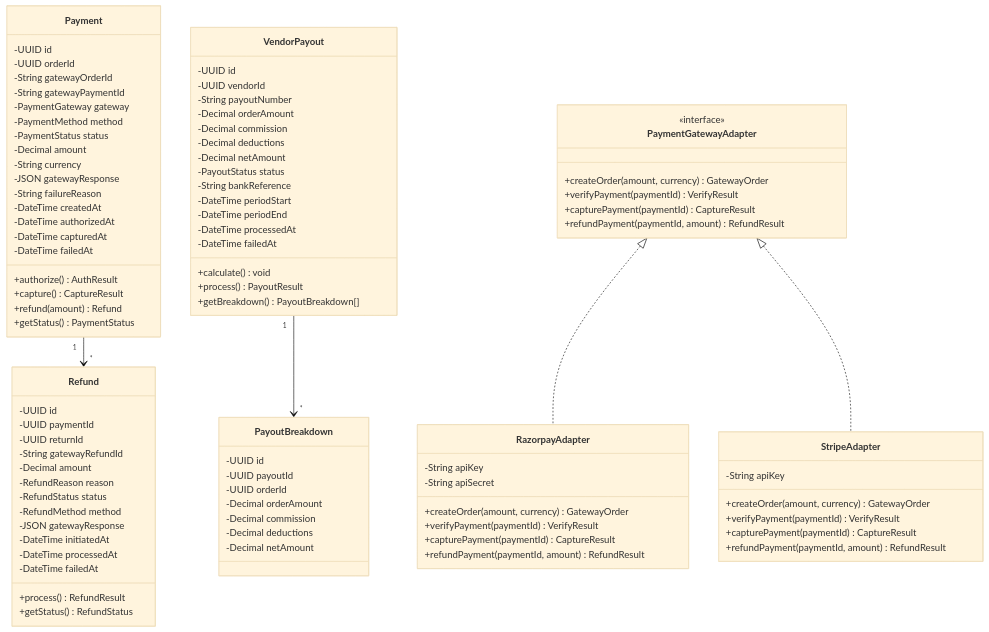
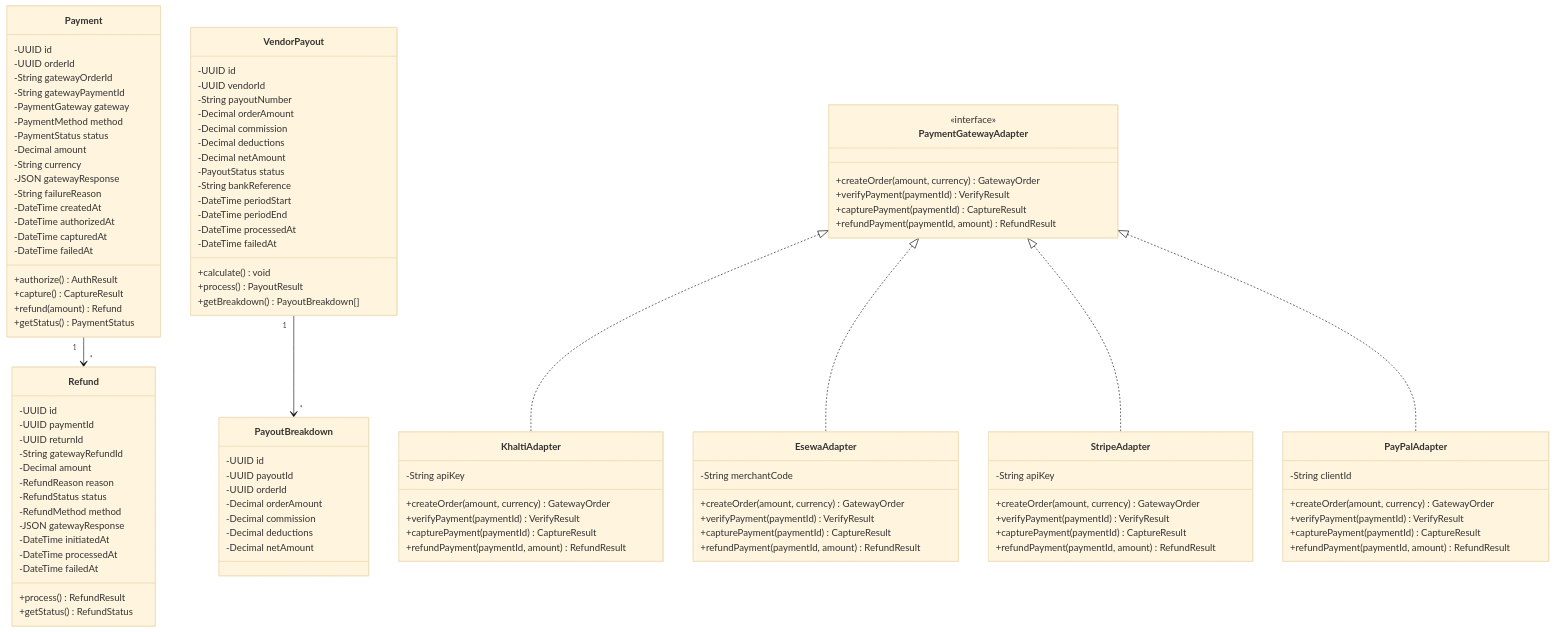
The fourth of 6 diagrams in docs/system-design/detailed-design/class-diagrams.md (0Ankit0/e-commerce), drawn with Mermaid (base theme) before and after one commit. The commit also changed 24 other files, not shown here.

````diff
--- a/docs/system-design/detailed-design/class-diagrams.md
+++ b/docs/system-design/detailed-design/class-diagrams.md
@@ -454,9 +454,16 @@
         +refundPayment(paymentId, amount) RefundResult
     }
 
-    class RazorpayAdapter {
+    class KhaltiAdapter {
         -String apiKey
-        -String apiSecret
+        +createOrder(amount, currency) GatewayOrder
+        +verifyPayment(paymentId) VerifyResult
+        +capturePayment(paymentId) CaptureResult
+        +refundPayment(paymentId, amount) RefundResult
+    }
+
+    class EsewaAdapter {
+        -String merchantCode
         +createOrder(amount, currency) GatewayOrder
         +verifyPayment(paymentId) VerifyResult
         +capturePayment(paymentId) CaptureResult
@@ -471,8 +478,18 @@
         +refundPayment(paymentId, amount) RefundResult
     }
 
+    class PayPalAdapter {
+        -String clientId
+        +createOrder(amount, currency) GatewayOrder
+        +verifyPayment(paymentId) VerifyResult
+        +capturePayment(paymentId) CaptureResult
+        +refundPayment(paymentId, amount) RefundResult
+    }
+
     Payment "1" --> "*" Refund
     VendorPayout "1" --> "*" PayoutBreakdown
-    PaymentGatewayAdapter <|.. RazorpayAdapter
+    PaymentGatewayAdapter <|.. KhaltiAdapter
+    PaymentGatewayAdapter <|.. EsewaAdapter
     PaymentGatewayAdapter <|.. StripeAdapter
+    PaymentGatewayAdapter <|.. PayPalAdapter
 ```
````
